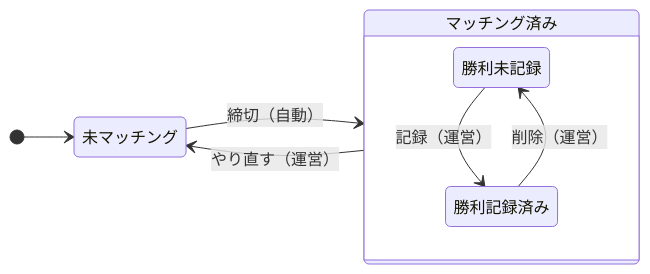
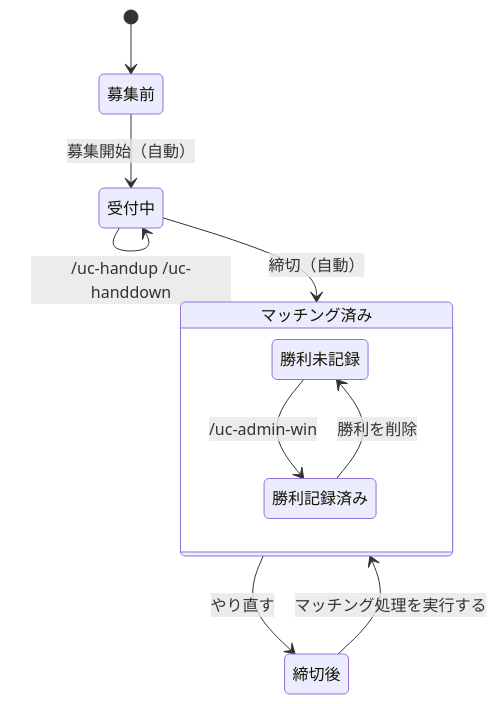
Before and after one commit to SotaTne/discord-bot-uc-2: the diagram in apps/dashboard/src/guide/guide.md, drawn with Mermaid. The commit also changed other lines of this file, not shown here.

Commit message:
docs(dashboard): ガイドの図に、コマンドを書き、状態ごとの対応表を足す

````diff
--- a/apps/dashboard/src/guide/guide.md
+++ b/apps/dashboard/src/guide/guide.md
@@ -9,11 +9,13 @@
 ```mermaid
 stateDiagram-v2
-  direction LR
-  [*] --> 未マッチング
-  未マッチング --> マッチング済み: 締切（自動）
+  [*] --> 募集前
+  募集前 --> 受付中: 募集開始（自動）
+  受付中 --> 受付中: /uc-handup /uc-handdown
+  受付中 --> マッチング済み: 締切（自動）
+  締切後 --> マッチング済み: マッチング処理を実行する
   state マッチング済み {
-    勝利未記録 --> 勝利記録済み: 記録（運営）
-    勝利記録済み --> 勝利未記録: 削除（運営）
+    勝利未記録 --> 勝利記録済み: /uc-admin-win
+    勝利記録済み --> 勝利未記録: 勝利を削除
   }
-  マッチング済み --> 未マッチング: やり直す（運営）
+  マッチング済み --> 締切後: やり直す
 ```
````
